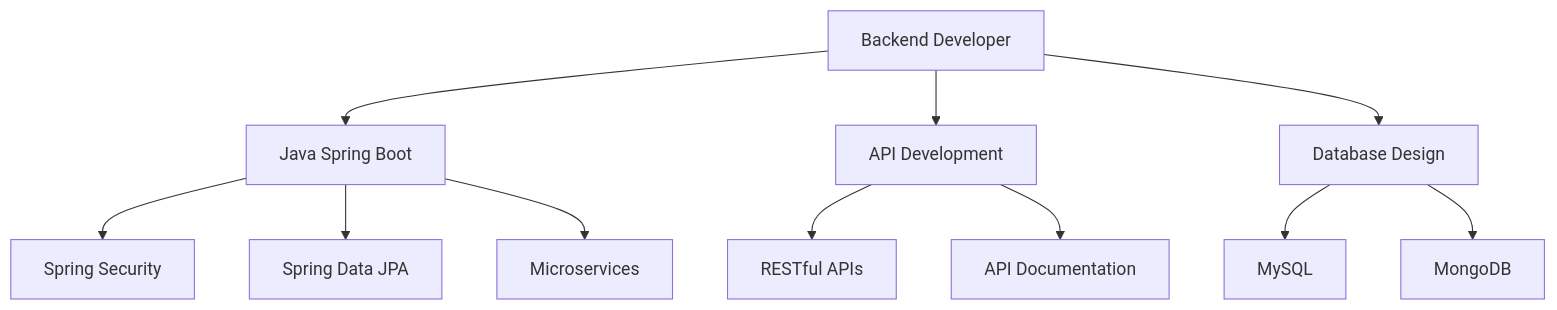
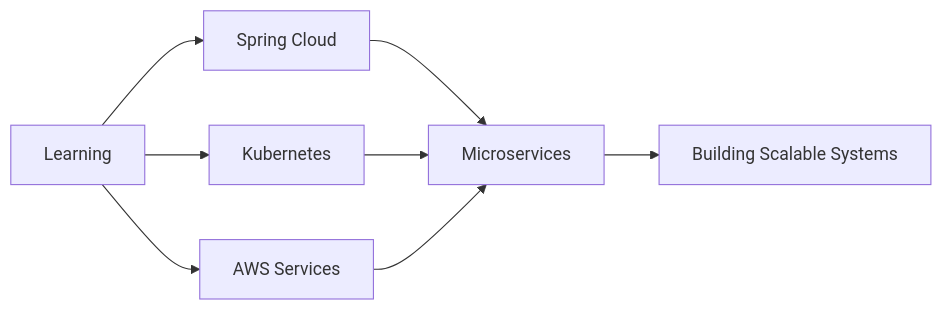
The diagram in README.md (NTT-DevFPT/NTT-DevFPT), drawn with Mermaid before and after one commit. The commit also changed other lines of this file, not shown here.

First line of the commit message:
✨ Update profile with custom API, 3D effects & enhanced descriptions

````diff
--- a/README.md
+++ b/README.md
@@ -259,13 +225,10 @@
 ```mermaid
-graph TB
-    A[Backend Developer] --> B[Java Spring Boot]
-    A --> C[API Development]
-    A --> D[Database Design]
-    B --> E[Spring Security]
-    B --> F[Spring Data JPA]
-    B --> G[Microservices]
-    C --> H[RESTful APIs]
-    C --> I[API Documentation]
-    D --> J[MySQL]
-    D --> K[MongoDB]
+graph LR
+    A[Learning] --> B[Spring Cloud]
+    A --> C[Kubernetes]
+    A --> D[AWS Services]
+    B --> E[Microservices]
+    C --> E
+    D --> E
+    E --> F[Building Scalable Systems]
 ```
````
